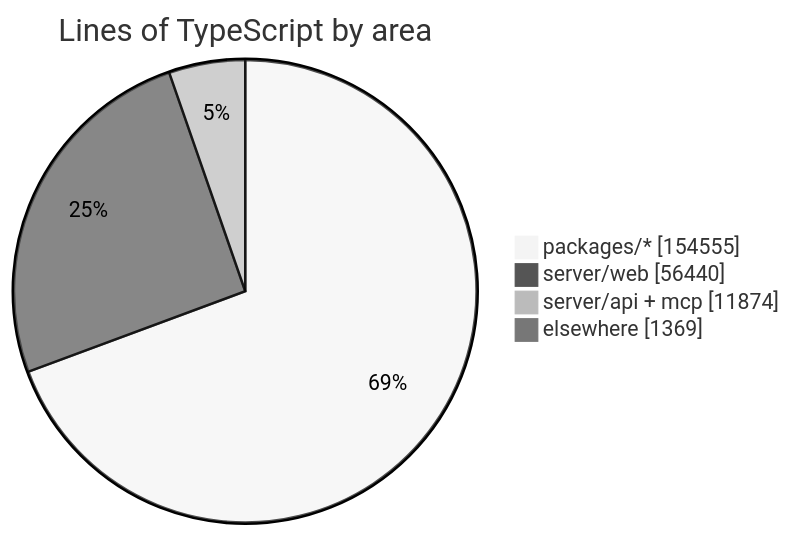
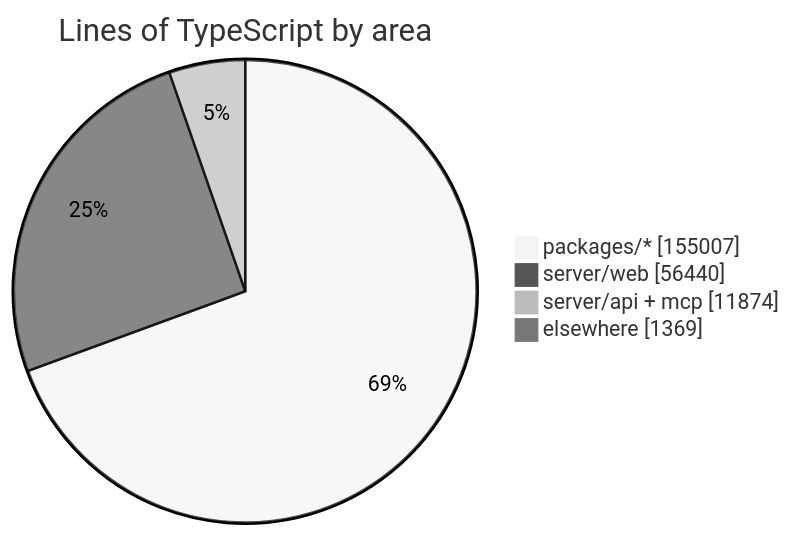
The diagram in README.md (crossworks-engineering/mantle), drawn with Mermaid (neutral theme) before and after one commit. The commit also changed other lines of this file and 2 other files, not shown here.

````diff
--- a/README.md
+++ b/README.md
@@ -279,7 +279,7 @@
 ```mermaid
 pie showData title Lines of TypeScript by area
-    "packages/*" : 154555
+    "packages/*" : 155007
     "server/web" : 56440
     "server/api + mcp" : 11874
     "elsewhere" : 1369
 ```
````
